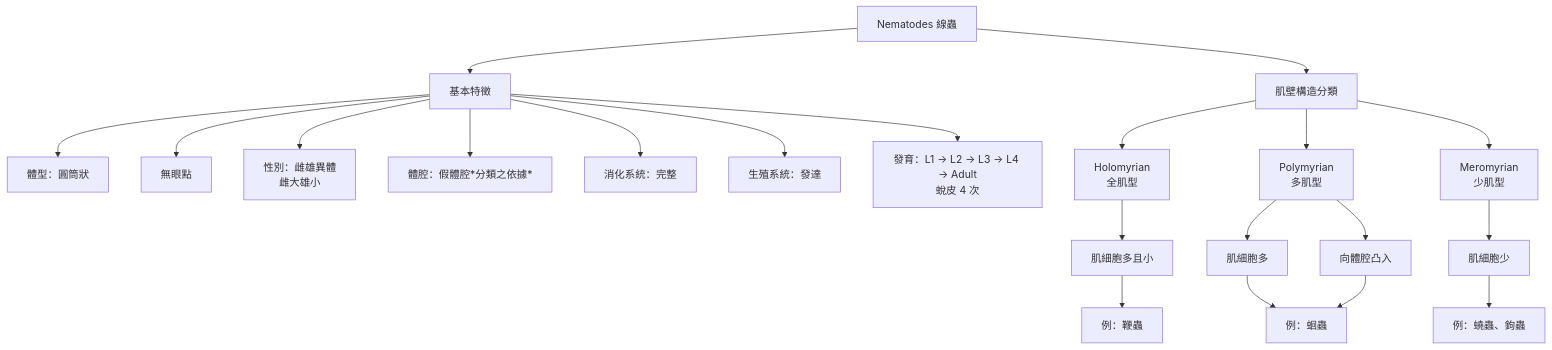
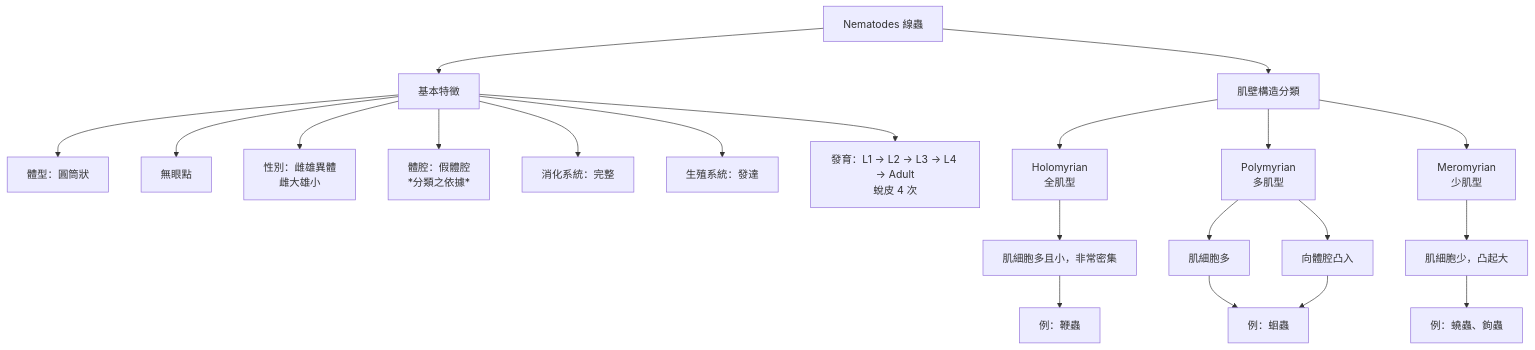
One commit to xenocgytjp/parasite-graph changed the diagram in 綜論.md. Above: the diagram before and after it, drawn with Mermaid. The commit also changed other lines of this file, not shown here.

````diff
--- a/綜論.md
+++ b/綜論.md
@@ -59,32 +59,32 @@
 ```mermaid
 flowchart TD
 
 A[Nematodes 線蟲]
 
 %% ===== 基本特徵 =====
 A --> B[基本特徵]
 B --> B1[體型：圓筒狀]
 B --> B2[無眼點]
 B --> B3[性別：雌雄異體<br/>雌大雄小]
-B --> B4[體腔：假體腔*分類之依據*]
+B --> B4[體腔：假體腔<br/>*分類之依據*]
 B --> B5[消化系統：完整]
 B --> B6[生殖系統：發達]
 B --> B7[發育：L1 → L2 → L3 → L4 → Adult<br/>蛻皮 4 次]
 
 %% ===== 肌壁分類 =====
 A --> C[肌壁構造分類]
 
 C --> C1[Holomyrian<br/>全肌型]
-C1 --> C1a[肌細胞多且小]
+C1 --> C1a[肌細胞多且小，非常密集]
 C1a --> C1b[例：鞭蟲]
 
 C --> C2[Polymyrian<br/>多肌型]
 C2 --> C2a[肌細胞多]
 C2 --> C2b[向體腔凸入]
 C2a --> C2c[例：蛔蟲]
 C2b --> C2c[例：蛔蟲]
 
 C --> C3[Meromyrian<br/>少肌型]
-C3 --> C3a[肌細胞少]
+C3 --> C3a[肌細胞少，凸起大]
 C3a --> C3b[例：蟯蟲、鉤蟲]
 ```
````
